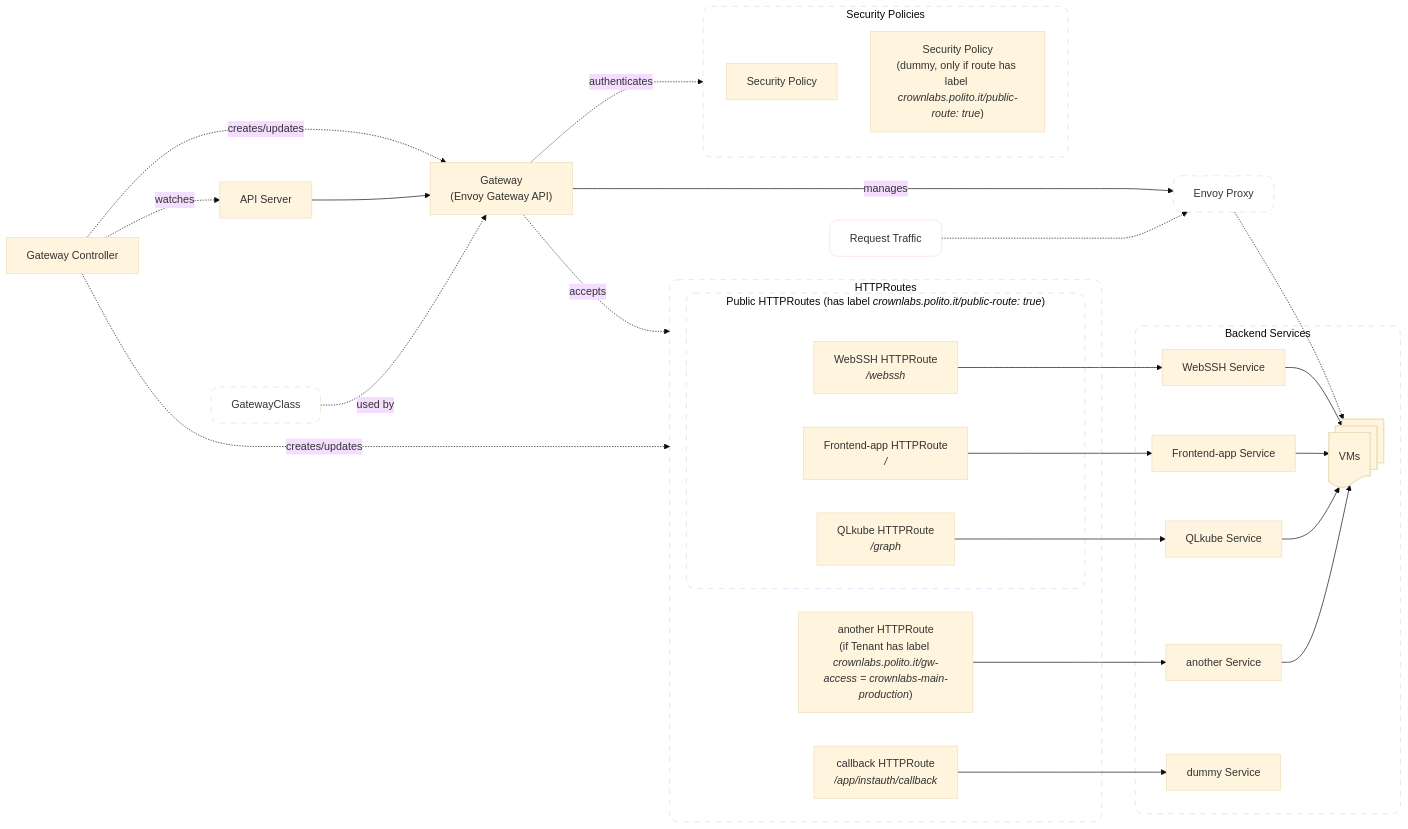
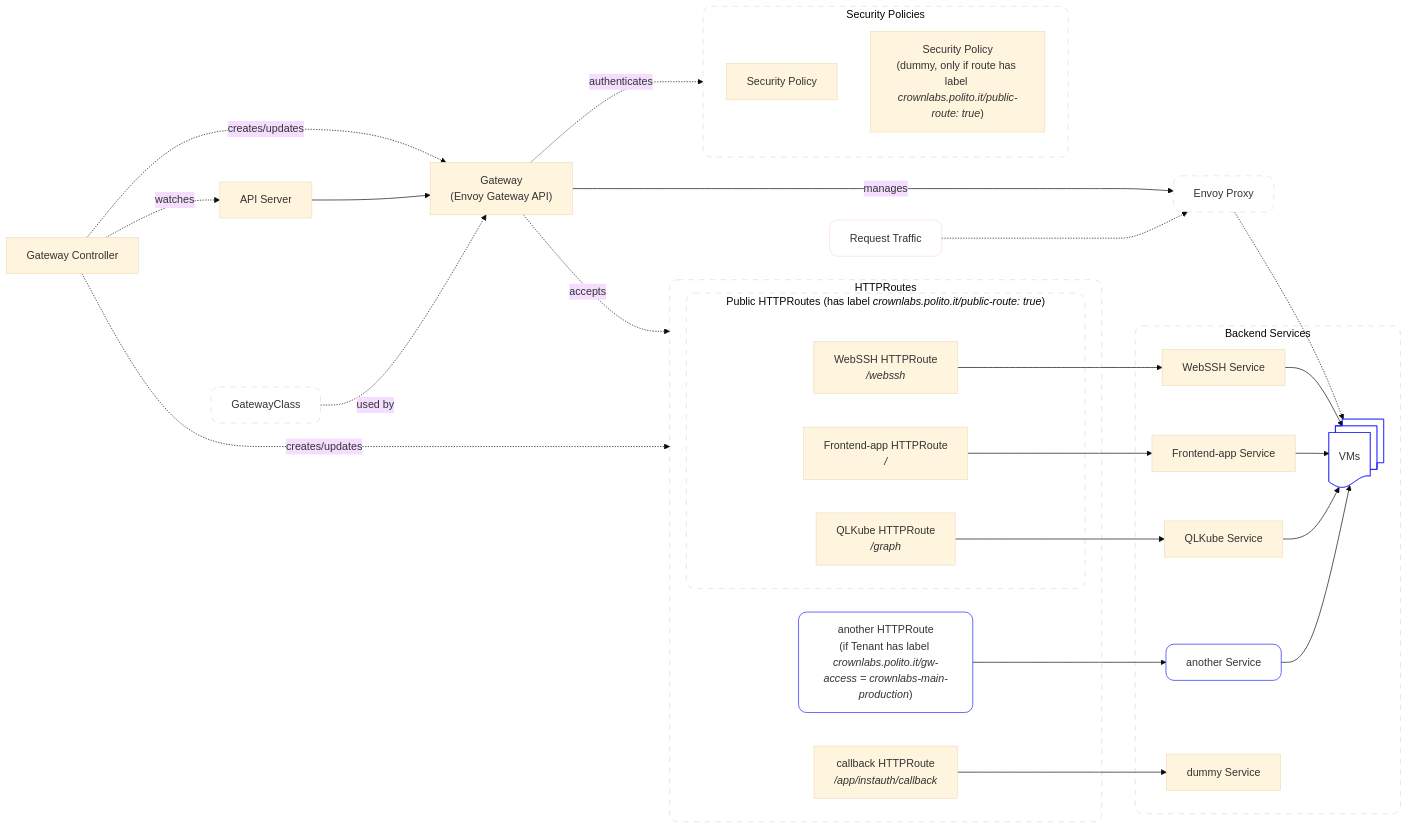
Before and after one commit to netgroup-polito/CrownLabs: the fourth of 7 diagrams in BIGPICTURE.md, drawn with Mermaid (base theme). The commit also changed other lines of this file, not shown here.

Commit message:
minor fixes

````diff
--- a/BIGPICTURE.md
+++ b/BIGPICTURE.md
@@ -159,69 +158,71 @@
 ```mermaid
 flowchart LR
 
 Gateway["`Gateway
     (Envoy Gateway API)`"]
 Proxy["Envoy Proxy"]
 GatewayClass["GatewayClass"]
 GatewayController["Gateway Controller"]
 APIServer["API Server"]
 subgraph Routes["HTTPRoutes"]
     subgraph PublicRoutes["`Public HTTPRoutes (has label _crownlabs.polito.it/public-route: true_)`"]
     WebSSHRoute["`WebSSH HTTPRoute 
         _/webssh_`"]
     FrontendRoute["`Frontend-app HTTPRoute
         _/_`"]
-    QLKubeRoute["`QLkube HTTPRoute
+    QLKubeRoute["`QLKube HTTPRoute
         _/graph_`"]
     end
     CallbackRoute["`callback HTTPRoute 
         _/app/instauth/callback_`"]
     OtherRoute["`another HTTPRoute
         (if Tenant has label 
         _crownlabs.polito.it/gw-access = crownlabs-main-production_)`"]
 end
 subgraph Backends["Backend Services"]
     WebSSHService["WebSSH Service"]
     FrontendService["Frontend-app Service"]
-    QLKubeService["QLkube Service"]
+    QLKubeService["QLKube Service"]
     OtherService["another Service"]
     DummyService["dummy Service"]
     VM@{shape: docs, label: "VMs"}
 end
 subgraph SecPols["Security Policies"]
     SecPolG["Security Policy"]
     SecPolDummy["`Security Policy
         (dummy, only if route has label 
         _crownlabs.polito.it/public-route: true_)`"]
 end
 Traffic["Request Traffic"]
 
 Gateway -- manages --> Proxy
 Gateway -. accepts .-> Routes
 Gateway -. authenticates .-> SecPols
 Traffic .-> Proxy .-> VM
 
 WebSSHRoute --> WebSSHService
 FrontendRoute --> FrontendService
 QLKubeRoute --> QLKubeService
 OtherRoute --> OtherService
 CallbackRoute --> DummyService
 
 WebSSHService --> VM
 FrontendService --> VM
 QLKubeService --> VM
 OtherService --> VM
 
 GatewayController -. watches .-> APIServer
 GatewayController -. creates/updates .-> Gateway
 GatewayController -. creates/updates .-> Routes
 
 APIServer --> Gateway
 GatewayClass -. used by .-> Gateway
 
 classDef GenericDashedBS fill:none,rx:12,ry:12,stroke-dasharray:8
 classDef FrontendBS stroke:#FDDCD7,rx:12,ry:12,fill:none
+classDef TenantBS stroke:#2222FF,rx:12,ry:12,fill:none
 
 class GatewayClass,Proxy,Routes,PublicRoutes,SecPols,Backends GenericDashedBS
 class Traffic FrontendBS
+class OtherRoute,OtherService,VM TenantBS
 ```
````
